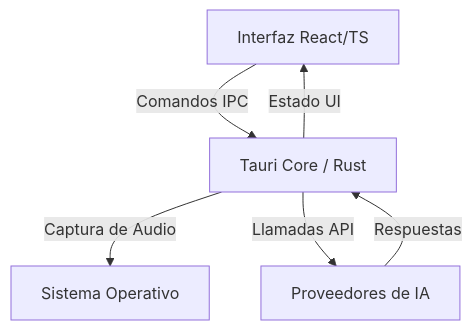
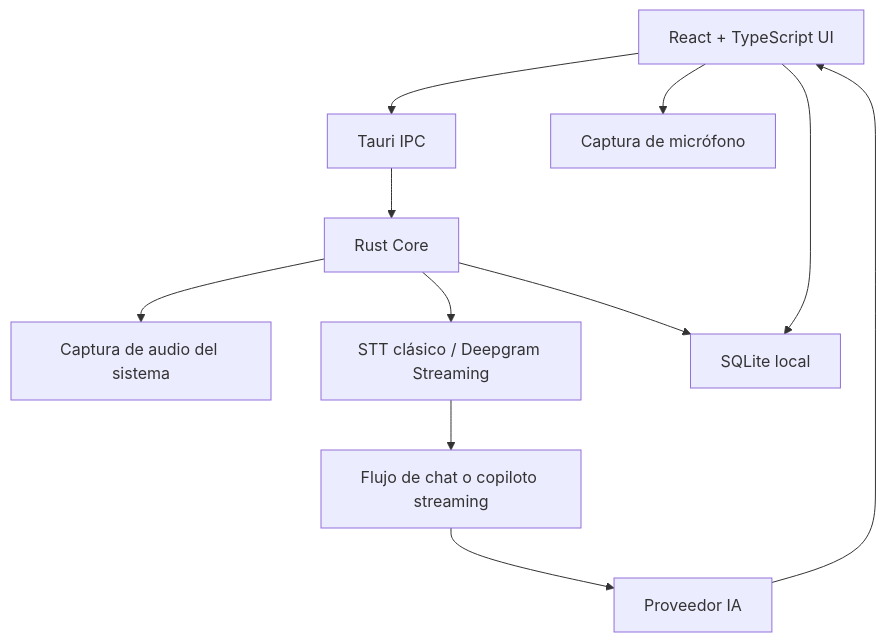
Before and after one commit to EDY28-M/invisibleai: the diagram in README.md, drawn with Mermaid. The commit also changed other lines of this file and 6 other files, not shown here.

````diff
--- a/README.md
+++ b/README.md
@@ -47,8 +104,13 @@
 ```mermaid
 graph TD;
-    UI[Interfaz React/TS] -->|Comandos IPC| Core[Tauri Core / Rust];
-    Core -->|Captura de Audio| Sistema[Sistema Operativo];
-    Core -->|Llamadas API| Modelos[Proveedores de IA];
-    Modelos -->|Respuestas| Core;
-    Core -->|Estado UI| UI;
+    UI["React + TypeScript UI"] --> IPC["Tauri IPC"];
+    IPC --> Core["Rust Core"];
+    Core --> Capture["Captura de audio del sistema"];
+    UI --> Mic["Captura de micrófono"];
+    Core --> STT["STT clásico / Deepgram Streaming"];
+    STT --> Router["Flujo de chat o copiloto streaming"];
+    Router --> AI["Proveedor IA"];
+    AI --> UI;
+    Core --> DB["SQLite local"];
+    UI --> DB;
 ```
````
